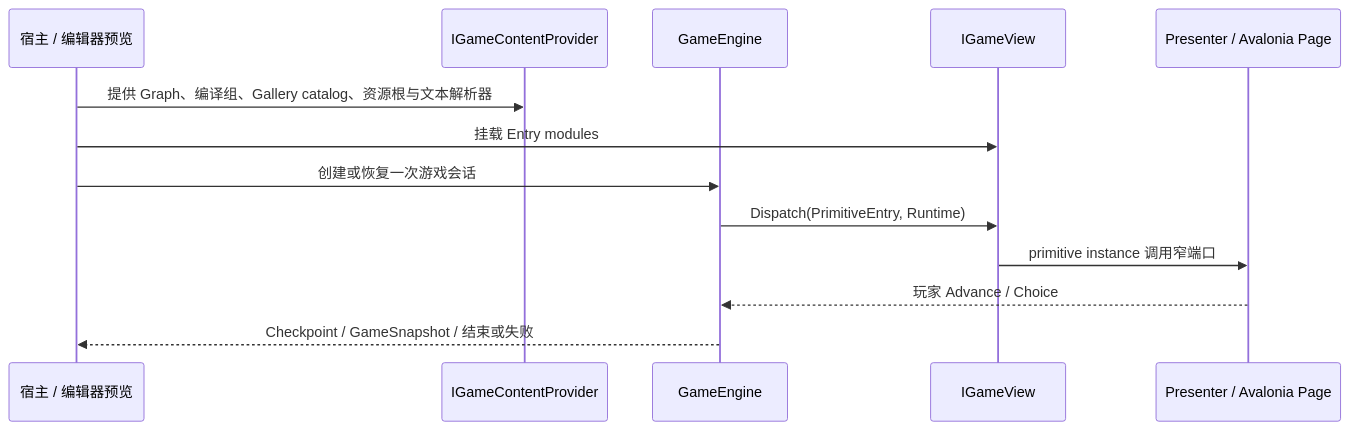
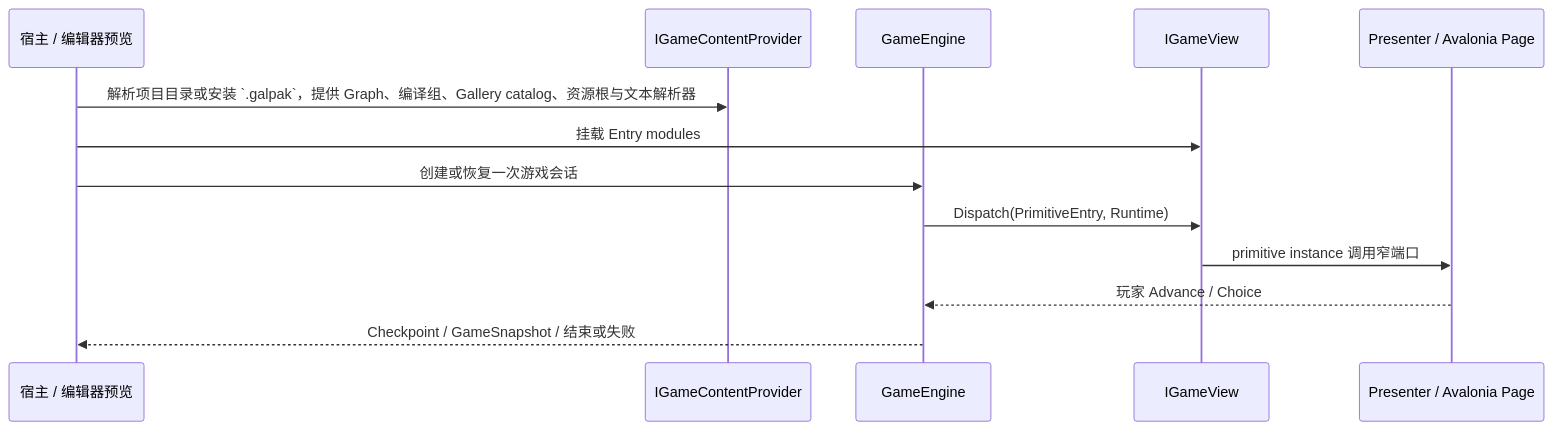
The second of 2 diagrams in docs/spec/architecture.md (StarryXYJ/Gal.Net), drawn with Mermaid before and after one commit. The commit also changed other lines of this file and 5 other files, not shown here.

````diff
--- a/docs/spec/architecture.md
+++ b/docs/spec/architecture.md
@@ -52,15 +52,15 @@
 ```mermaid
 sequenceDiagram
   participant Host as 宿主 / 编辑器预览
   participant Content as IGameContentProvider
   participant Engine as GameEngine
   participant View as IGameView
   participant Presenter as Presenter / Avalonia Page
-  Host->>Content: 提供 Graph、编译组、Gallery catalog、资源根与文本解析器
+  Host->>Content: 解析项目目录或安装 `.galpak`，提供 Graph、编译组、Gallery catalog、资源根与文本解析器
   Host->>View: 挂载 Entry modules
   Host->>Engine: 创建或恢复一次游戏会话
   Engine->>View: Dispatch(PrimitiveEntry, Runtime)
   View->>Presenter: primitive instance 调用窄端口
   Presenter-->>Engine: 玩家 Advance / Choice
   Engine-->>Host: Checkpoint / GameSnapshot / 结束或失败
 ```
````
